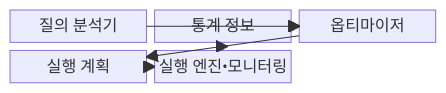
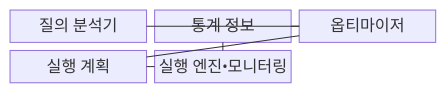
One commit to agnusdei1207/knowledge-base changed the first of 2 diagrams in src/content/docs/notes/03-software/095_query_execution_plan_optimization.md. Above: the diagram before and after it, drawn with Mermaid. The commit also changed other lines of this file and 493 other files, not shown here.

````diff
--- a/src/content/docs/notes/03-software/095_query_execution_plan_optimization.md
+++ b/src/content/docs/notes/03-software/095_query_execution_plan_optimization.md
@@ -69,14 +69,14 @@
 ```mermaid
 block-beta
   columns 3
   Q["질의 분석기"]
   S["통계 정보"]
   O["옵티마이저"]
   P["실행 계획"]
   E["실행 엔진•모니터링"]
-  Q --> O
-  S --> O
-  O --> P
-  P --> E
-  E --> S
+  Q --- O
+  S --- O
+  O --- P
+  P --- E
+  E --- S
 ```
````
